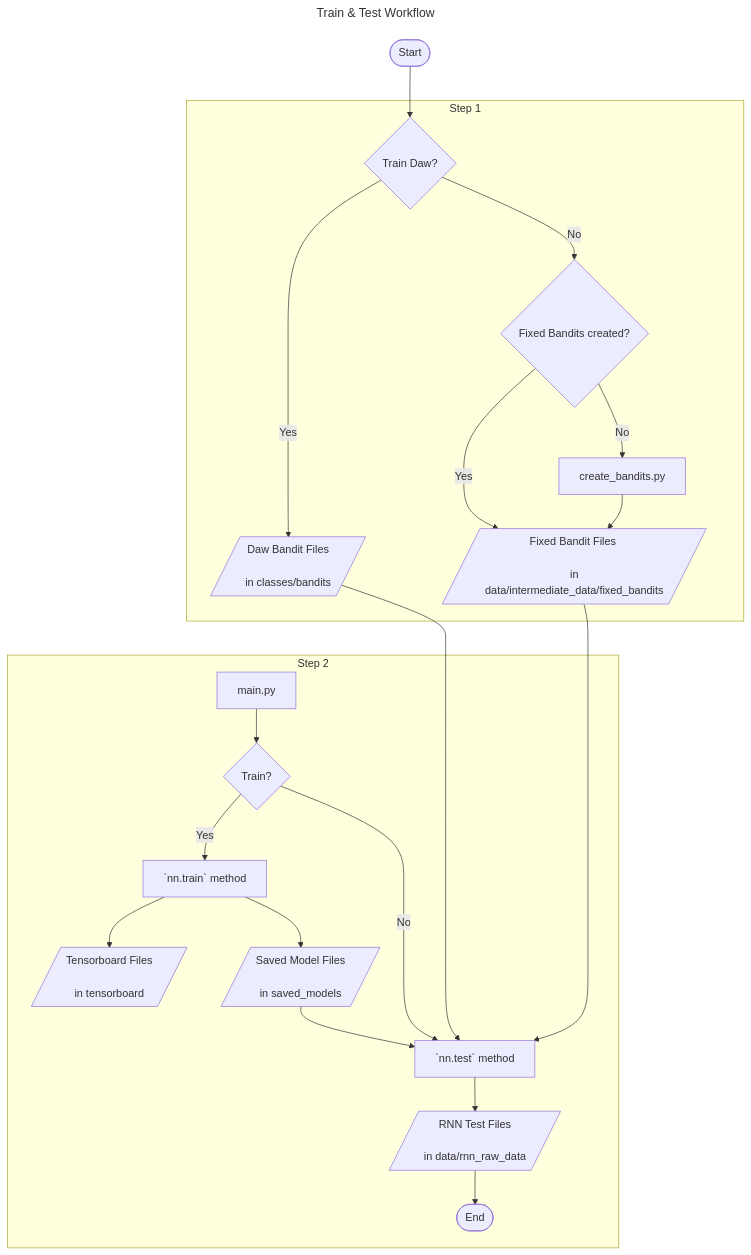
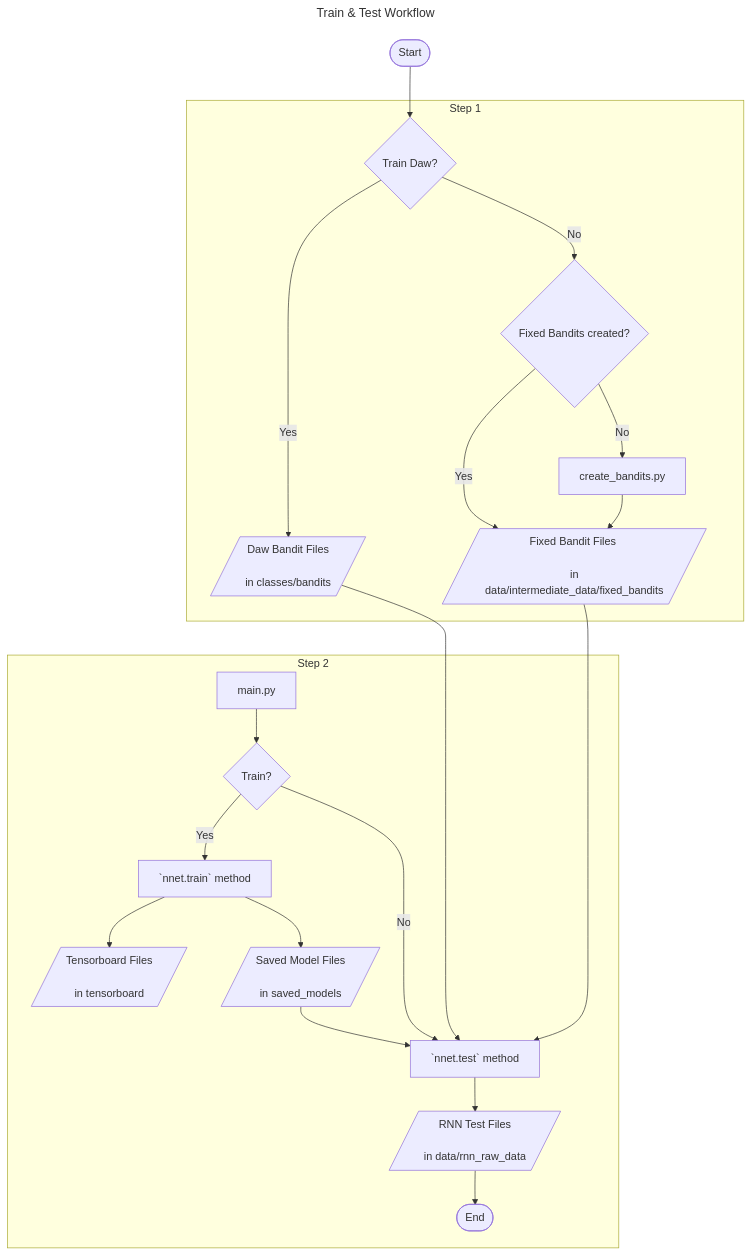
One commit to deniztu/p2_volatility changed the second of 2 diagrams in doc/how_to_guides.md. Above: the diagram before and after it, drawn with Mermaid. The commit also changed other lines of this file, not shown here.

````diff
--- a/doc/how_to_guides.md
+++ b/doc/how_to_guides.md
@@ -14,34 +14,34 @@
 ```mermaid
 ---
 title: Train & Test Workflow
 ---
 flowchart TB
 
 A([Start]) --> B
 
 subgraph "Step 1"
 B{Train Daw?} --> |Yes| C[/Daw Bandit Files <br/> <br/> in classes/bandits/]
 B --> |No| D{Fixed Bandits created?}
 D --> |Yes| E[/Fixed Bandit Files <br/> <br/> in data/intermediate_data/fixed_bandits/]
 D --> |No| F[create_bandits.py]
 F --> E
 end
 
 
 
 subgraph "Step 2"
 C ~~~ G[main.py]
 E ~~~ G
 G --> H{Train?}
-H --> |Yes| I[`nn.train` method]
+H --> |Yes| I[`nnet.train` method]
 I --> J[/Tensorboard Files <br/> <br/> in tensorboard /]
 I --> K[/Saved Model Files <br/> <br/> in saved_models /]
-H --> |No| L[`nn.test` method]
+H --> |No| L[`nnet.test` method]
 K --> L
 C --> L
 E --> L 
 L --> M[/RNN Test Files  <br/> <br/> in data/rnn_raw_data /]
 M --> O([End])
 end
 
 ```
````
